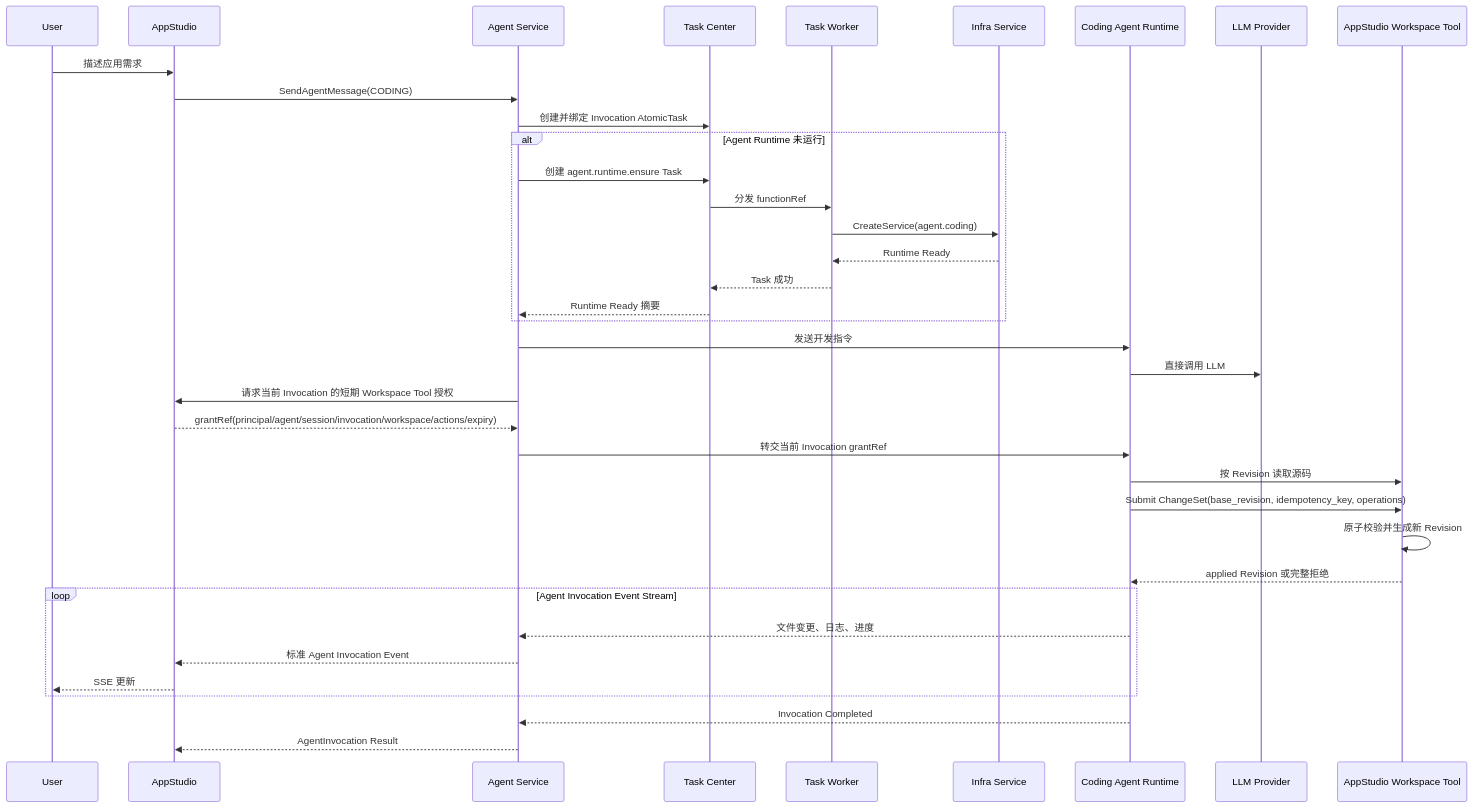
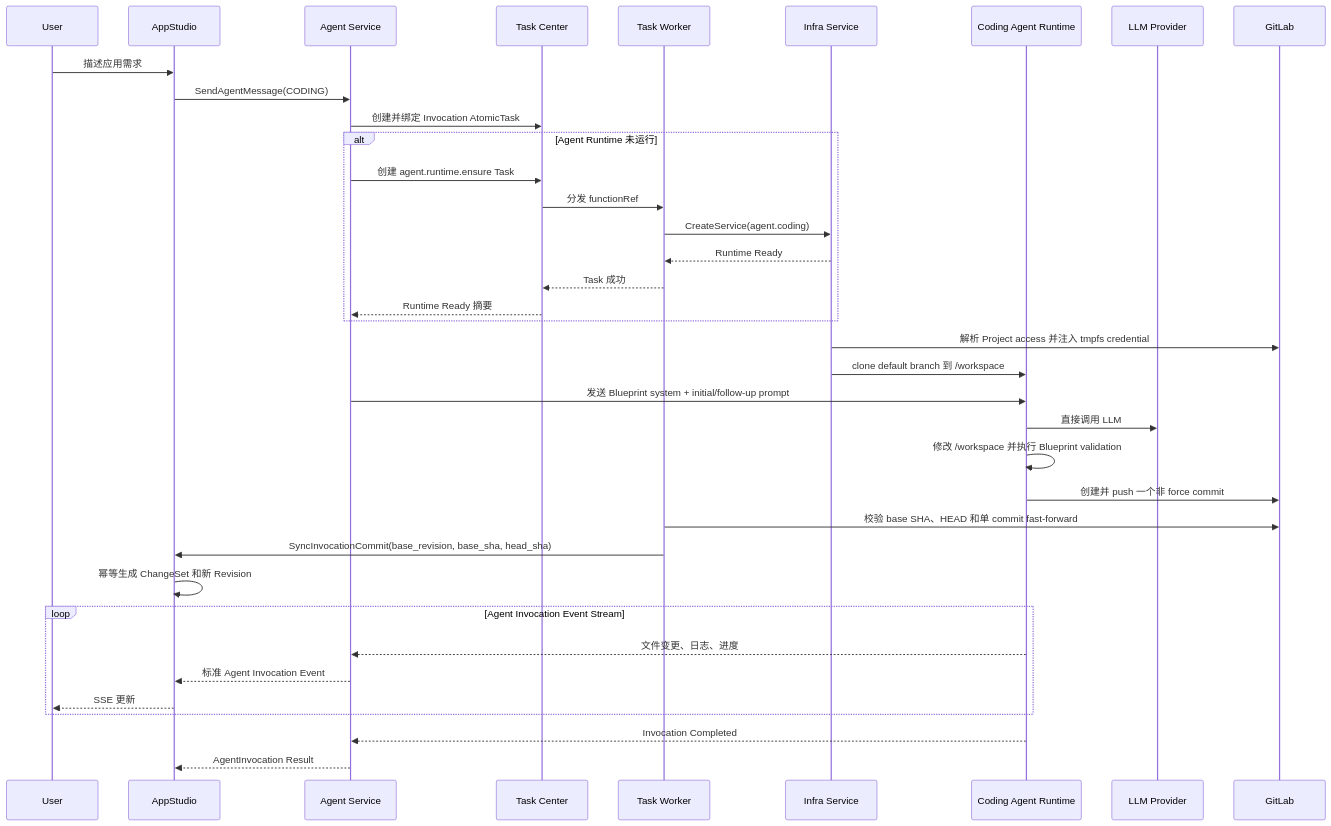
The fourth of 11 diagrams in 00_product/domains/appstudio/product-spec.md (wangweihong/omnimam-spec), drawn with Mermaid before and after one commit. The commit also changed other lines of this file and 21 other files, not shown here.

````diff
--- a/00_product/domains/appstudio/product-spec.md
+++ b/00_product/domains/appstudio/product-spec.md
@@ -1096,44 +1112,44 @@
 ```mermaid
 sequenceDiagram
     participant U as User
     participant ST as AppStudio
     participant AS as Agent Service
     participant TC as Task Center
     participant TW as Task Worker
     participant INFRA as Infra Service
     participant AR as Coding Agent Runtime
     participant LLM as LLM Provider
-    participant WT as AppStudio Workspace Tool
+    participant GL as GitLab
 
     U->>ST: 描述应用需求
     ST->>AS: SendAgentMessage(CODING)
     AS->>TC: 创建并绑定 Invocation AtomicTask
 
     alt Agent Runtime 未运行
         AS->>TC: 创建 agent.runtime.ensure Task
         TC->>TW: 分发 functionRef
         TW->>INFRA: CreateService(agent.coding)
         INFRA-->>TW: Runtime Ready
         TW-->>TC: Task 成功
         TC-->>AS: Runtime Ready 摘要
     end
 
-    AS->>AR: 发送开发指令
+    INFRA->>GL: 解析 Project access 并注入 tmpfs credential
+    INFRA->>AR: clone default branch 到 /workspace
+    AS->>AR: 发送 Blueprint system + initial/follow-up prompt
     AR->>LLM: 直接调用 LLM
-    AS->>ST: 请求当前 Invocation 的短期 Workspace Tool 授权
-    ST-->>AS: grantRef(principal/agent/session/invocation/workspace/actions/expiry)
-    AS->>AR: 转交当前 Invocation grantRef
-    AR->>WT: 按 Revision 读取源码
-    AR->>WT: Submit ChangeSet(base_revision, idempotency_key, operations)
-    WT->>WT: 原子校验并生成新 Revision
-    WT-->>AR: applied Revision 或完整拒绝
+    AR->>AR: 修改 /workspace 并执行 Blueprint validation
+    AR->>GL: 创建并 push 一个非 force commit
+    TW->>GL: 校验 base SHA、HEAD 和单 commit fast-forward
+    TW->>ST: SyncInvocationCommit(base_revision, base_sha, head_sha)
+    ST->>ST: 幂等生成 ChangeSet 和新 Revision
 
     loop Agent Invocation Event Stream
         AR-->>AS: 文件变更、日志、进度
         AS-->>ST: 标准 Agent Invocation Event
         ST-->>U: SSE 更新
     end
 
     AR-->>AS: Invocation Completed
     AS-->>ST: AgentInvocation Result
 ```
````
